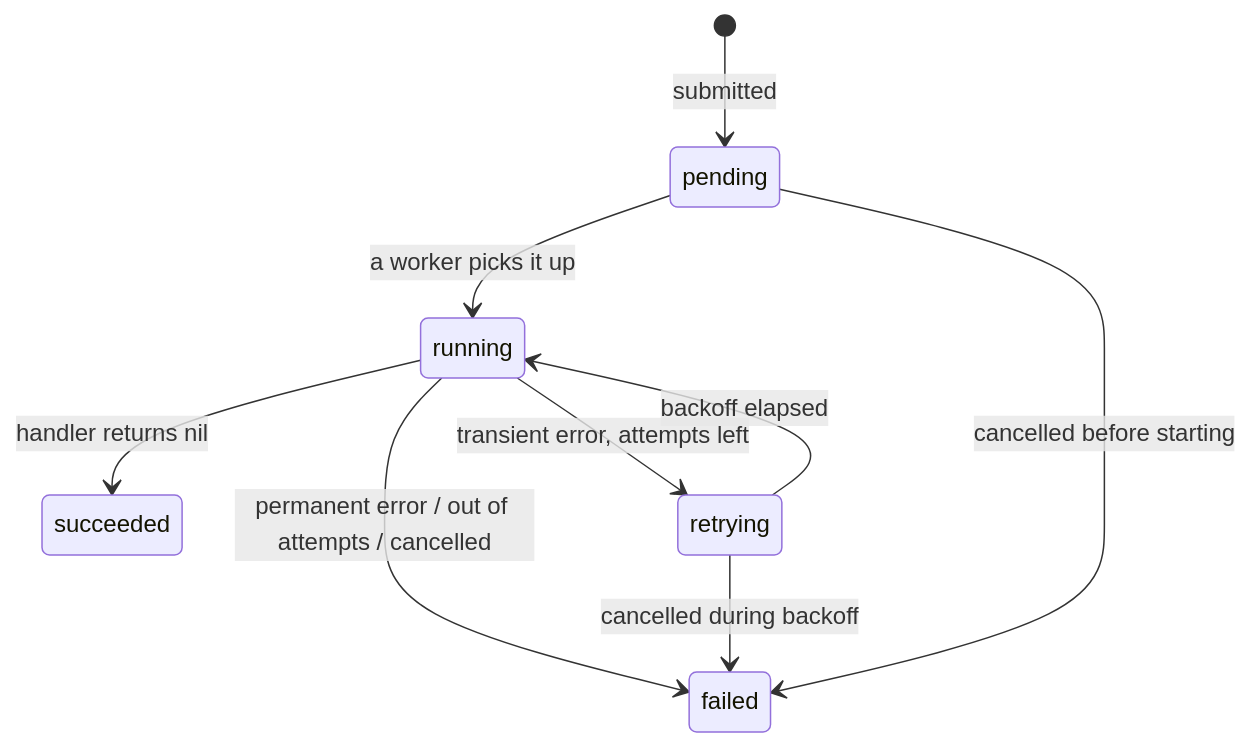
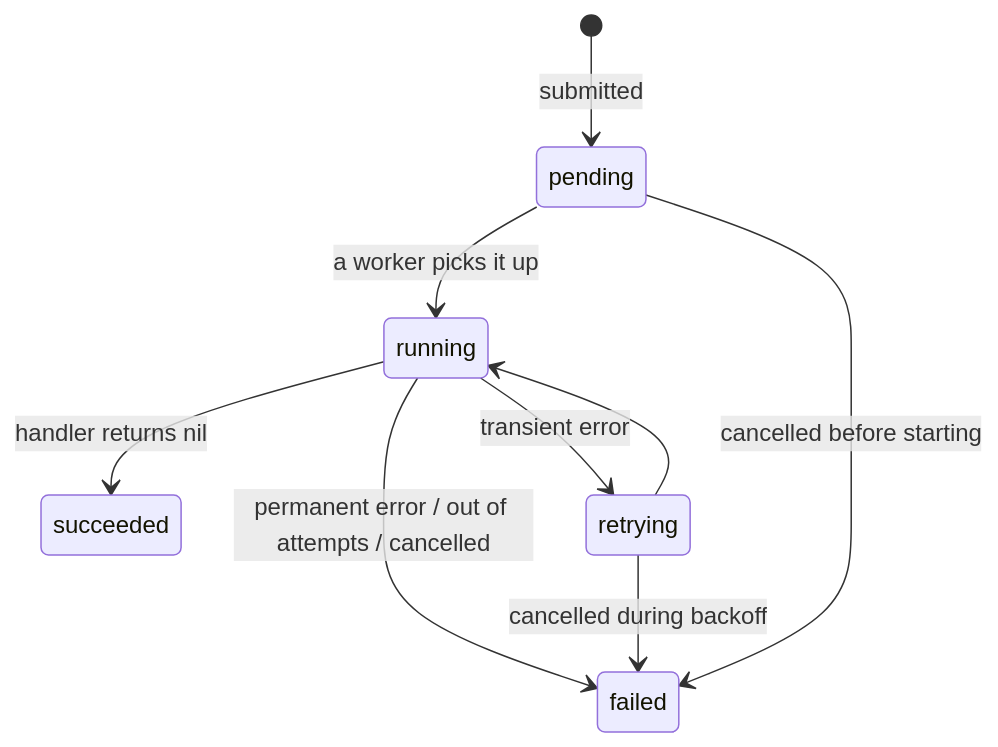
Before and after one commit to Gary-Qin/task-queue: the second of 2 diagrams in README.md, drawn with Mermaid. The commit also changed other lines of this file, not shown here.

Commit message:
fix: overlapping labels in mermaid diagrams

````diff
--- a/README.md
+++ b/README.md
@@ -45,11 +48,11 @@
 ```mermaid
 stateDiagram-v2
     [*] --> pending: submitted
     pending --> running: a worker picks it up
     running --> succeeded: handler returns nil
-    running --> retrying: transient error, attempts left
-    retrying --> running: backoff elapsed
+    running --> retrying: transient error
+    retrying --> running
     running --> failed: permanent error / out of attempts / cancelled
     retrying --> failed: cancelled during backoff
     pending --> failed: cancelled before starting
 ```
````
